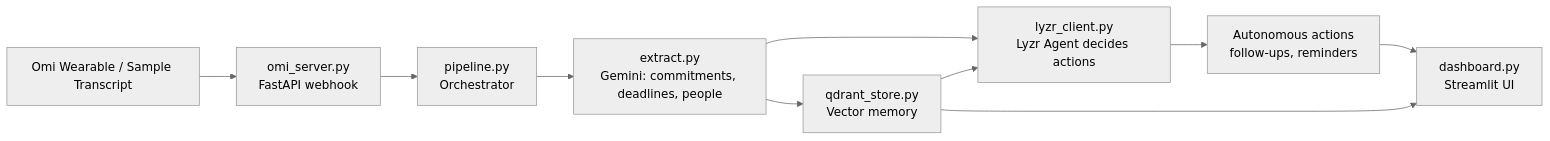
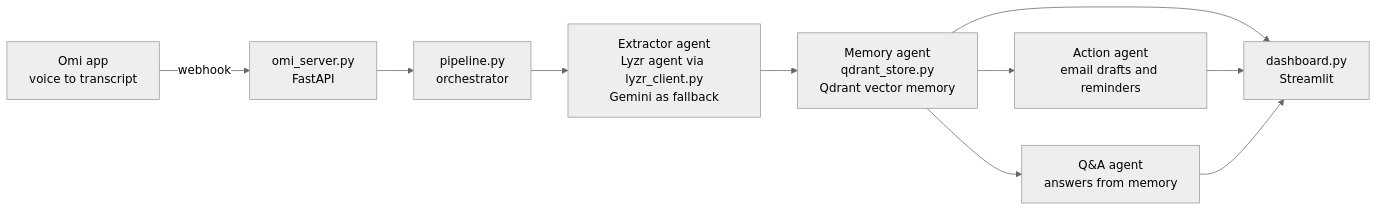
The diagram in README.md (sunnysavarna108-commits/meeting-agent), drawn with Mermaid (neutral theme) before and after one commit. The commit also changed other lines of this file, not shown here.

````diff
--- a/README.md
+++ b/README.md
@@ -21,12 +21,12 @@
 ```mermaid
 flowchart LR
-    A[Omi Wearable / Sample Transcript] --> B[omi_server.py<br/>FastAPI webhook]
-    B --> C[pipeline.py<br/>Orchestrator]
-    C --> D[extract.py<br/>Gemini: commitments, deadlines, people]
-    D --> E[lyzr_client.py<br/>Lyzr Agent decides actions]
-    D --> F[qdrant_store.py<br/>Vector memory]
-    F --> E
-    E --> G[Autonomous actions<br/>follow-ups, reminders]
-    F --> H[dashboard.py<br/>Streamlit UI]
+    A["Omi app<br/>voice to transcript"] -->|webhook| B["omi_server.py<br/>FastAPI"]
+    B --> C["pipeline.py<br/>orchestrator"]
+    C --> D["Extractor agent<br/>Lyzr agent via lyzr_client.py<br/>Gemini as fallback"]
+    D --> E["Memory agent<br/>qdrant_store.py<br/>Qdrant vector memory"]
+    E --> F["Action agent<br/>email drafts and reminders"]
+    E --> G["Q&A agent<br/>answers from memory"]
+    E --> H["dashboard.py<br/>Streamlit"]
+    F --> H
     G --> H
 ```
````
